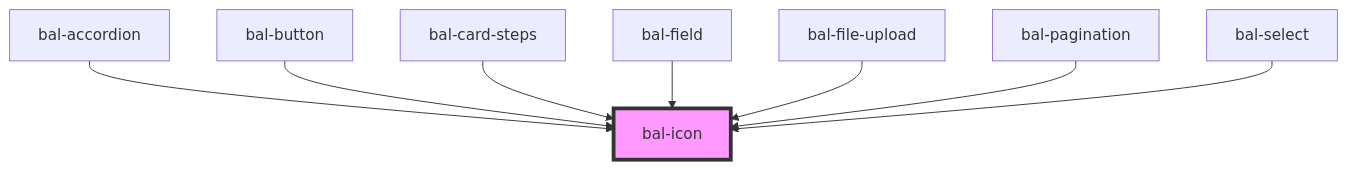
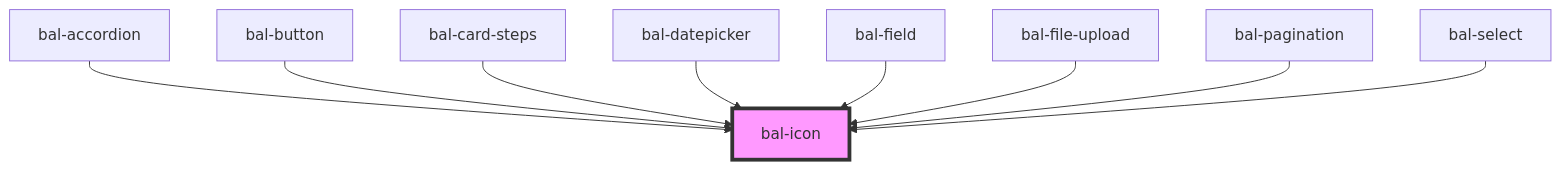
The diagram in packages/library/src/components/bal-icon/readme.md (baloise/ui-library-next), drawn with Mermaid before and after one commit. The commit also changed other lines of this file and 11 other files, not shown here.

````diff
--- a/packages/library/src/components/bal-icon/readme.md
+++ b/packages/library/src/components/bal-icon/readme.md
@@ -97,11 +98,12 @@
 ```mermaid
 graph TD;
   bal-accordion --> bal-icon
   bal-button --> bal-icon
   bal-card-steps --> bal-icon
+  bal-datepicker --> bal-icon
   bal-field --> bal-icon
   bal-file-upload --> bal-icon
   bal-pagination --> bal-icon
   bal-select --> bal-icon
   style bal-icon fill:#f9f,stroke:#333,stroke-width:4px
 ```
````
